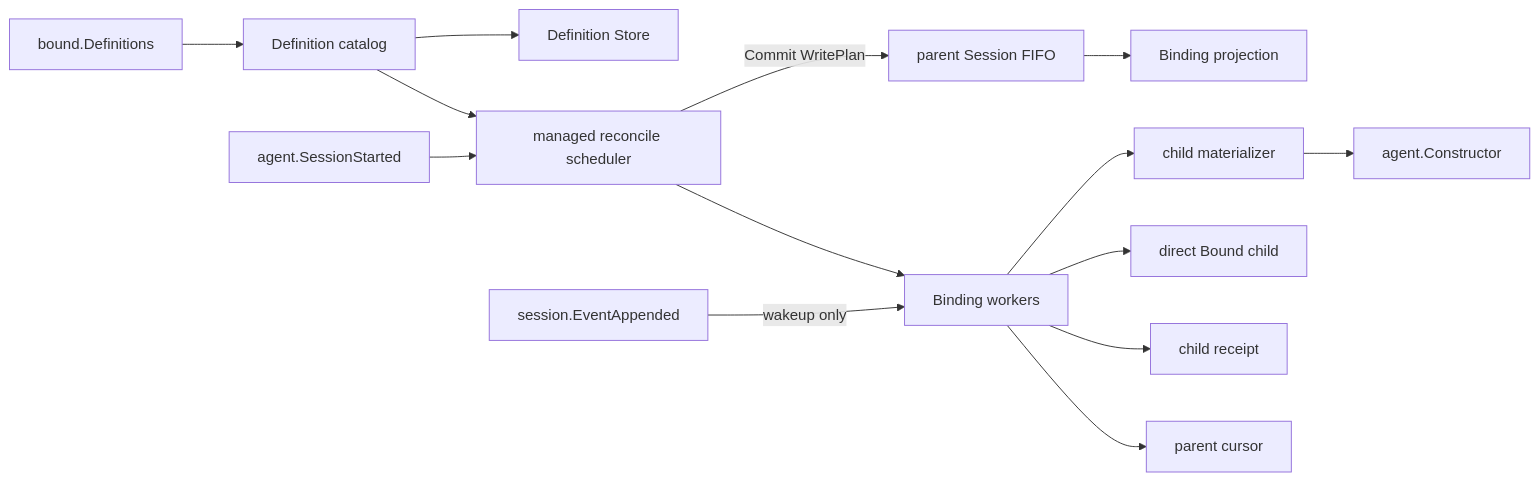
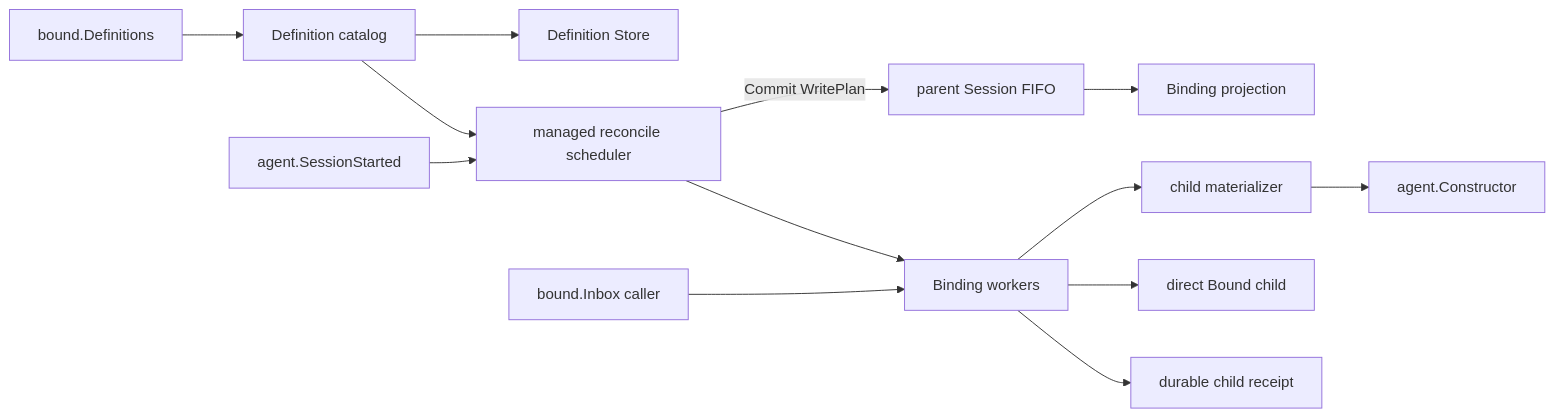
One commit to gorenx/goren changed the diagram in subagent/internal/bound/README.zh-CN.md. Above: the diagram before and after it, drawn with Mermaid. The commit also changed other lines of this file and 9 other files, not shown here.

Commit message:
docs(bound): document inbox and turn relay ownership

````diff
--- a/subagent/internal/bound/README.zh-CN.md
+++ b/subagent/internal/bound/README.zh-CN.md
@@ -7,16 +7,15 @@
 ```mermaid
 flowchart LR
     API[bound.Definitions] --> Definitions[Definition catalog]
     Definitions --> Store[Definition Store]
     Definitions --> Scheduler[managed reconcile scheduler]
     Started[agent.SessionStarted] --> Scheduler
     Scheduler -->|Commit WritePlan| Parent[parent Session FIFO]
     Parent --> Bindings[Binding projection]
     Scheduler --> Workers[Binding workers]
-    Event[session.EventAppended] -->|wakeup only| Workers
+    Source[bound.Inbox caller] --> Workers
     Workers --> Materializer[child materializer]
     Materializer --> Constructor[agent.Constructor]
     Workers --> Child[direct Bound child]
-    Workers --> Receipt[child receipt]
-    Workers --> Cursor[parent cursor]
+    Workers --> Receipt[durable child receipt]
 ```
````
